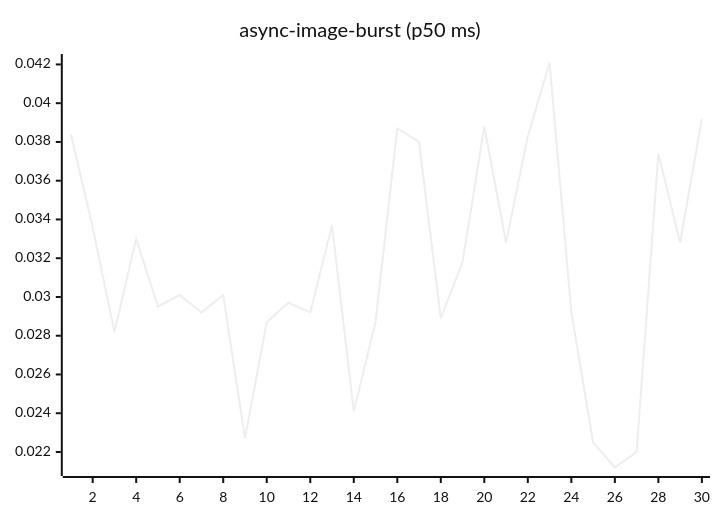
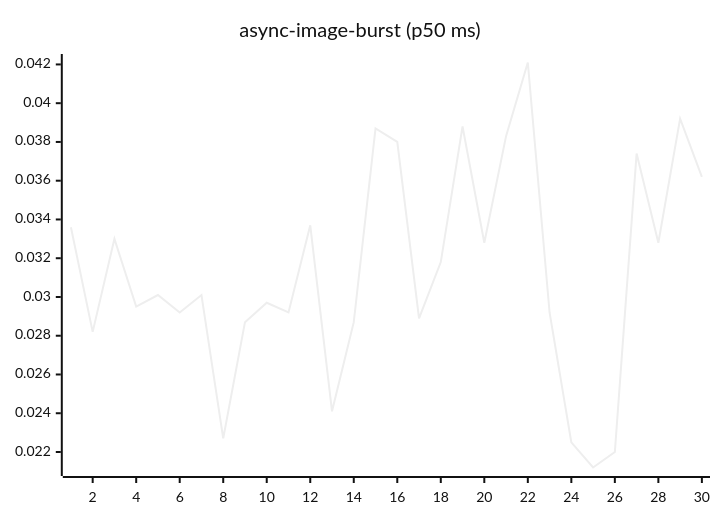
Before and after one commit to josha/Facet: the fourth of 27 diagrams in README.md, drawn with Mermaid (neutral theme). The commit also changed other lines of this file and 2 other files, not shown here.

````diff
--- a/README.md
+++ b/README.md
@@ -84,6 +84,6 @@
 ```mermaid
 xychart-beta
     title "async-image-burst (p50 ms)"
     x-axis 1 --> 30
-    line [0.0384, 0.0336, 0.0282, 0.0330, 0.0295, 0.0301, 0.0292, 0.0301, 0.0227, 0.0287, 0.0297, 0.0292, 0.0337, 0.0241, 0.0287, 0.0387, 0.0380, 0.0289, 0.0318, 0.0388, 0.0328, 0.0383, 0.0421, 0.0292, 0.0225, 0.0212, 0.0220, 0.0374, 0.0328, 0.0392]
+    line [0.0336, 0.0282, 0.0330, 0.0295, 0.0301, 0.0292, 0.0301, 0.0227, 0.0287, 0.0297, 0.0292, 0.0337, 0.0241, 0.0287, 0.0387, 0.0380, 0.0289, 0.0318, 0.0388, 0.0328, 0.0383, 0.0421, 0.0292, 0.0225, 0.0212, 0.0220, 0.0374, 0.0328, 0.0392, 0.0362]
 ```
````
